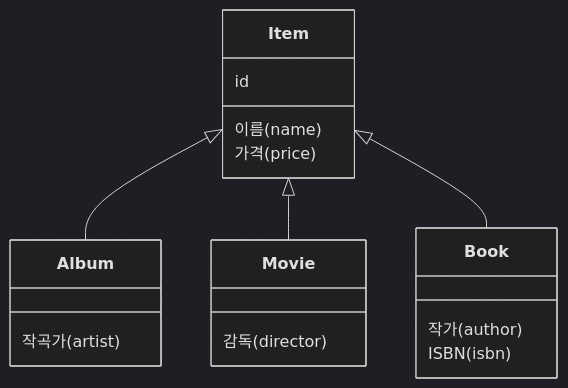
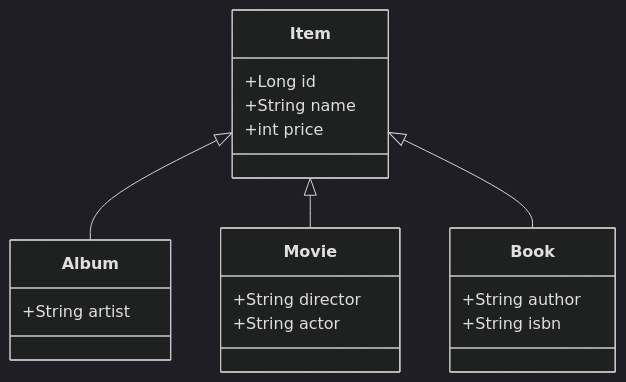
The first of 2 diagrams in chapter01/section02/README.md (yongho9064/jpa), drawn with Mermaid (dark theme) before and after one commit. The commit also changed other lines of this file, not shown here.

````diff
--- a/chapter01/section02/README.md
+++ b/chapter01/section02/README.md
@@ -48,22 +45,23 @@
 ```mermaid
 classDiagram
-        Item <|-- Album
-        Item <|-- Movie
-        Item <|-- Book
-        
-        class Item {
-                id
-                이름(name)
-                가격(price)
-        }
-        class Album {
-                작곡가(artist)
-        }
-        class Movie { 
-            감독(director)
-        }
-        class Book {
-            작가(author)
-            ISBN(isbn)
-        }
+    Item <|-- Album
+    Item <|-- Movie
+    Item <|-- Book
+    
+    class Item {
+        +Long id
+        +String name
+        +int price
+    }
+    class Album {
+        +String artist
+    }
+    class Movie { 
+        +String director
+        +String actor
+    }
+    class Book {
+        +String author
+        +String isbn
+    }
 ```
````
